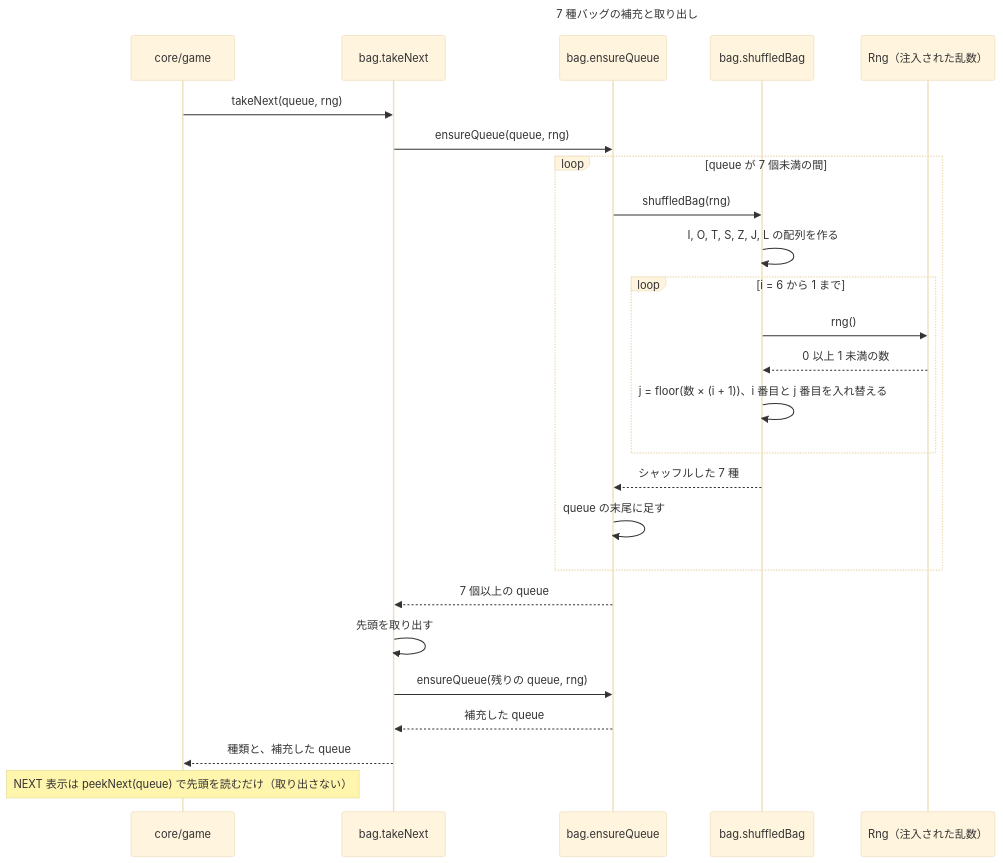
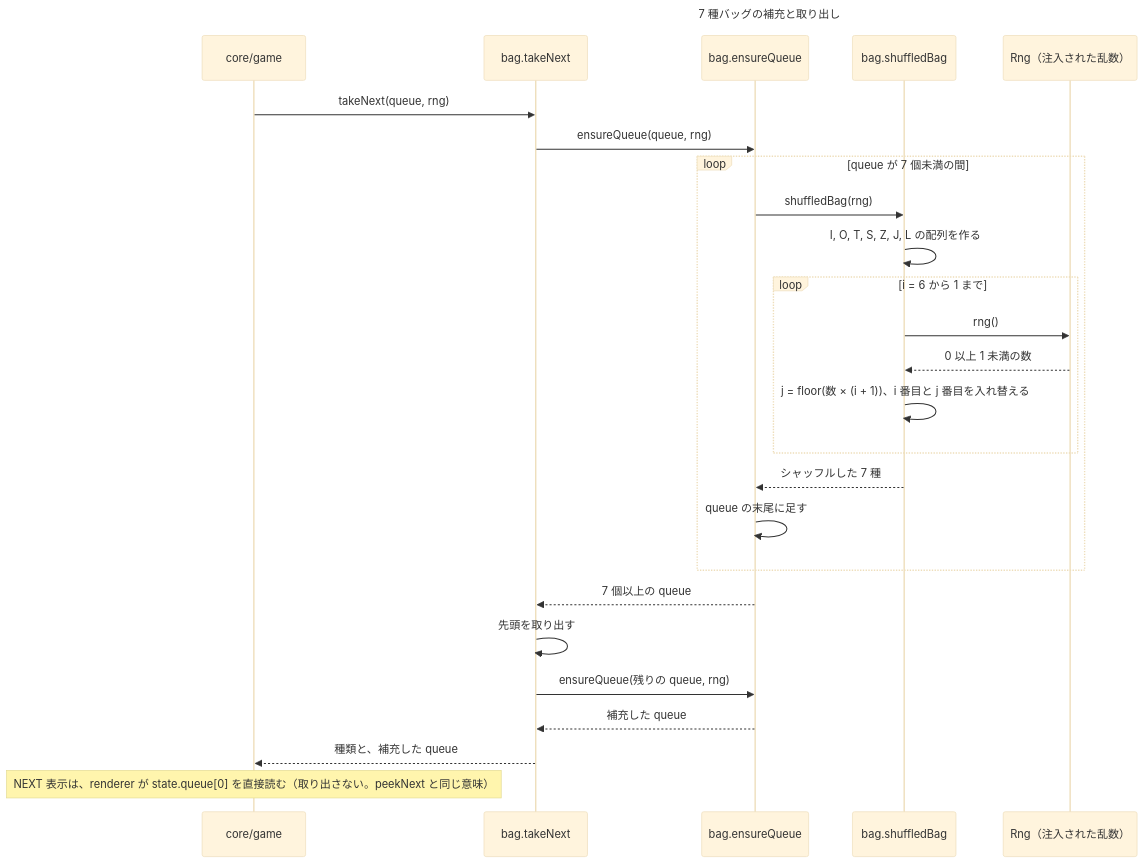
One commit to yoshimaru0419/mobile-claude-test changed the diagram in docs/diagrams/detail/08-bag.mmd. Above: the diagram before and after it, drawn with Mermaid (base theme). The commit also changed 5 other files, not shown here.

First line of the commit message:
API-109: 詳細設計のシーケンス図に、レビューの指摘を反映する

```diff
--- a/docs/diagrams/detail/08-bag.mmd
+++ b/docs/diagrams/detail/08-bag.mmd
@@ -1,28 +1,28 @@
 ---
 title: 7 種バッグの補充と取り出し
 ---
 sequenceDiagram
   participant G as core/game
   participant T as bag.takeNext
   participant E as bag.ensureQueue
   participant S as bag.shuffledBag
   participant R as Rng（注入された乱数）
   G->>T: takeNext(queue, rng)
   T->>E: ensureQueue(queue, rng)
   loop queue が 7 個未満の間
     E->>S: shuffledBag(rng)
     S->>S: I, O, T, S, Z, J, L の配列を作る
     loop i = 6 から 1 まで
       S->>R: rng()
       R-->>S: 0 以上 1 未満の数
       S->>S: j = floor(数 × (i + 1))、i 番目と j 番目を入れ替える
     end
     S-->>E: シャッフルした 7 種
     E->>E: queue の末尾に足す
   end
   E-->>T: 7 個以上の queue
   T->>T: 先頭を取り出す
   T->>E: ensureQueue(残りの queue, rng)
   E-->>T: 補充した queue
   T-->>G: 種類と、補充した queue
-  Note over G: NEXT 表示は peekNext(queue) で先頭を読むだけ（取り出さない）
+  Note over G: NEXT 表示は、renderer が state.queue[0] を直接読む（取り出さない。peekNext と同じ意味）
```
